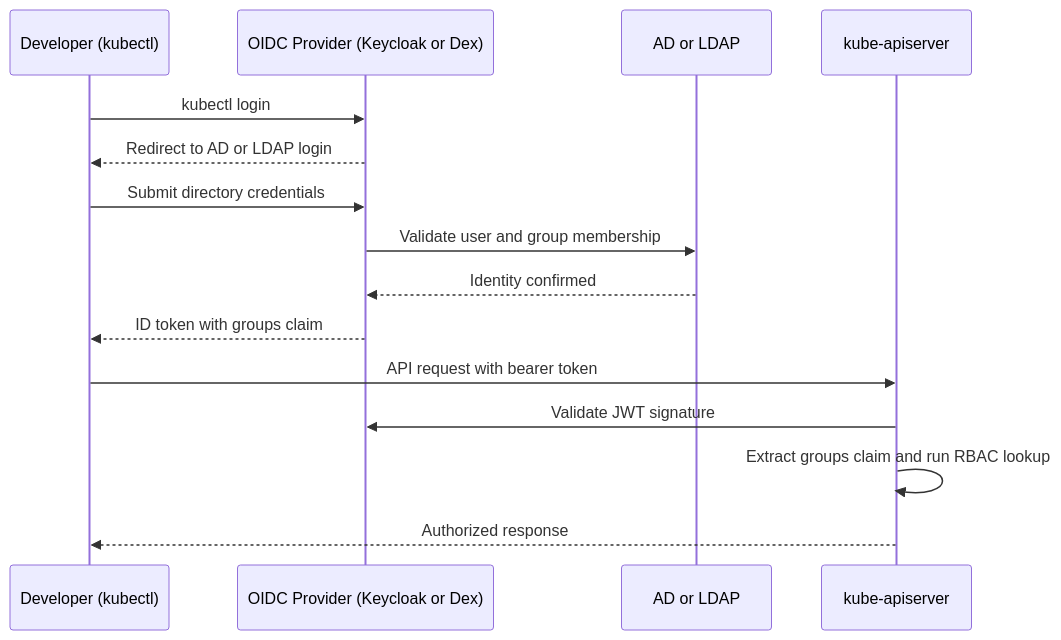
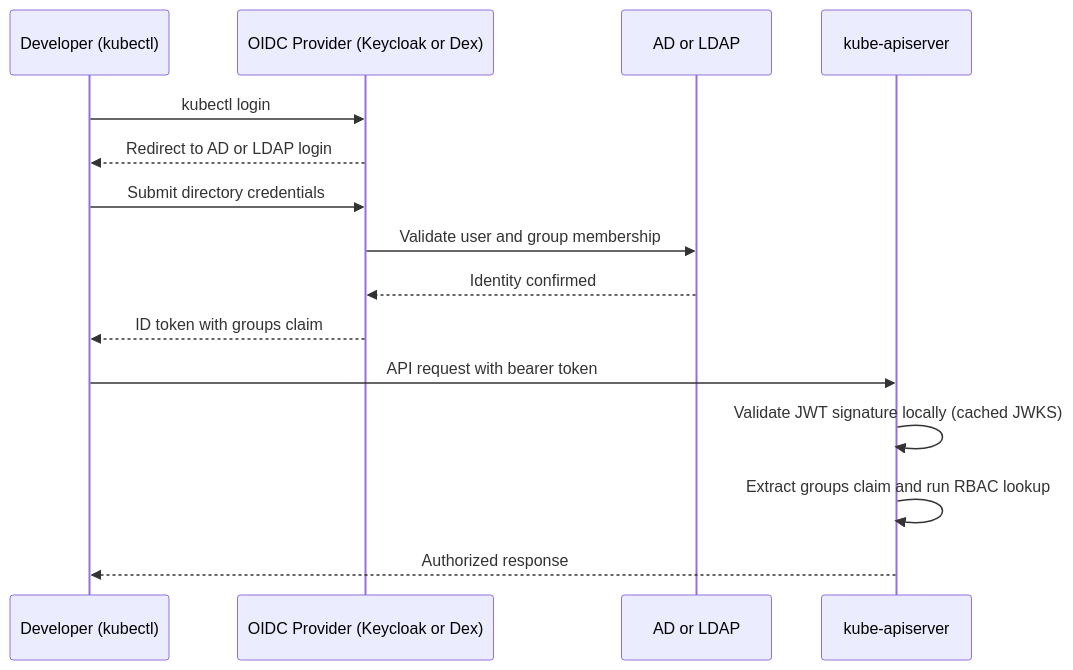
One commit to kube-dojo/kube-dojo changed the second of 4 diagrams in src/content/docs/on-premises/security/module-6.3-enterprise-identity.md. Above: the diagram before and after it, drawn with Mermaid. The commit also changed other lines of this file, not shown here.

Commit message:
fix(content): 6.3 review fixes — runnable AuthenticationConfiguration (drop fake exp rule, user.username CEL), local JWKS validation + TTL-revocation wording, soften volatile version pins (Keycloak/oauth2-proxy CVE), multi-DB Keycloak, Dex/Keycloak kubelogin client-secret (codex R1)

````diff
--- a/src/content/docs/on-premises/security/module-6.3-enterprise-identity.md
+++ b/src/content/docs/on-premises/security/module-6.3-enterprise-identity.md
@@ -107,18 +107,18 @@
 ```mermaid
 sequenceDiagram
     participant Dev as Developer (kubectl)
     participant OIDC as OIDC Provider (Keycloak or Dex)
     participant AD as AD or LDAP
     participant API as kube-apiserver
 
     Dev->>OIDC: kubectl login
     OIDC-->>Dev: Redirect to AD or LDAP login
     Dev->>OIDC: Submit directory credentials
     OIDC->>AD: Validate user and group membership
     AD-->>OIDC: Identity confirmed
     OIDC-->>Dev: ID token with groups claim
     Dev->>API: API request with bearer token
-    API->>OIDC: Validate JWT signature
+    API->>API: Validate JWT signature locally (cached JWKS)
     API->>API: Extract groups claim and run RBAC lookup
     API-->>Dev: Authorized response
 ```
````
